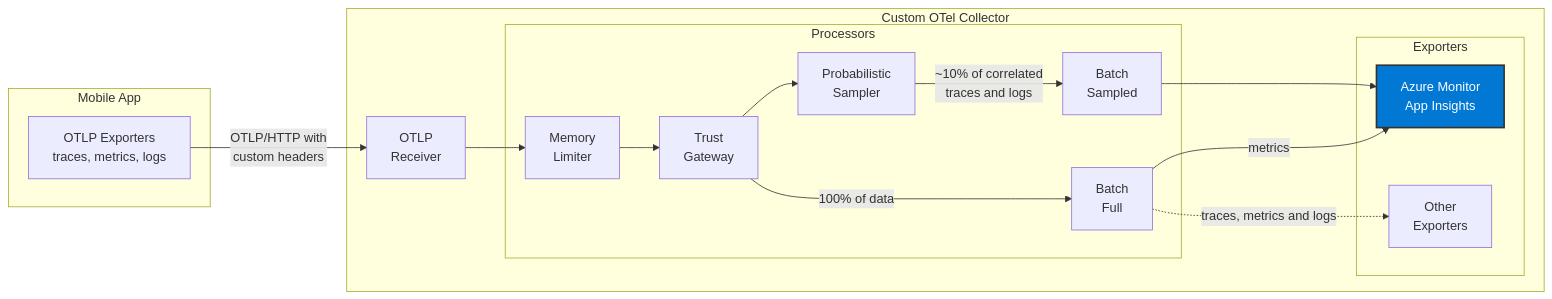
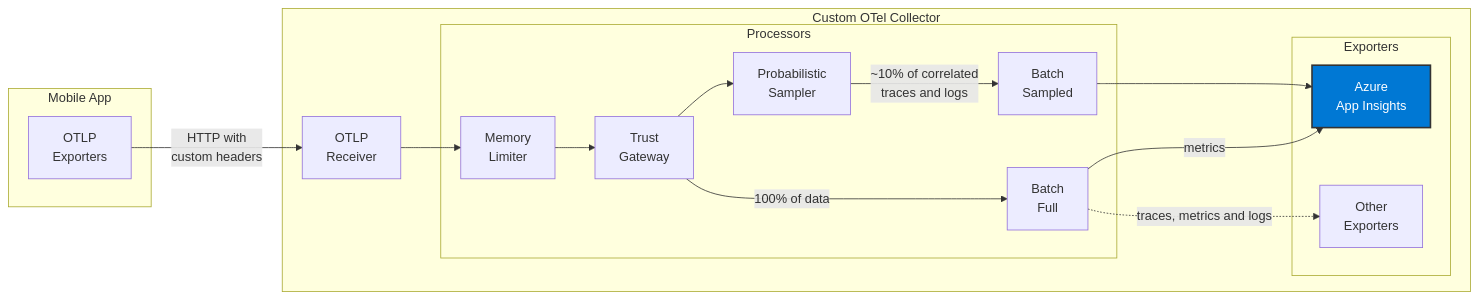
One commit to fedeoliv/otel-trust-gateway changed the diagram in README.md. Above: the diagram before and after it, drawn with Mermaid. The commit also changed other lines of this file, not shown here.

````diff
--- a/README.md
+++ b/README.md
@@ -31,39 +63,39 @@
 ```mermaid
 graph LR
     subgraph Mobile[Mobile App]
-        App[OTLP Exporters<br/>traces, metrics, logs]
+        App[OTLP <br/>Exporters]
     end
 
-    App -->|OTLP/HTTP with<br/>custom headers| Receiver
+    App -->|HTTP with<br/>custom headers| Receiver
 
     subgraph Collector[Custom OTel Collector]
         Receiver[OTLP<br/>Receiver]
         
         subgraph Processors[Processors]
             Memory[Memory<br/>Limiter]
             TrustGW[Trust <br/>Gateway]
             Sampler[Probabilistic<br/>Sampler<br/>]
             Batch1[Batch<br/>Sampled]
             Batch2[Batch<br/>Full]
         end
         
         subgraph Exporters[Exporters]
-            Azure[Azure Monitor<br/>App Insights]
+            Azure[Azure <br/>App Insights]
             Other[Other <br/>Exporters]
         end
         
         Receiver --> Memory
         Memory --> TrustGW
         
         TrustGW --> Sampler
         Sampler -->|~10% of correlated<br/> traces and logs| Batch1
         Batch1 --> Azure
         
         TrustGW -->|100% of data| Batch2
         Batch2 --> |metrics|Azure
         
         Batch2 -.-> |traces, metrics and logs|Other
     end
     
     style Azure fill:#0078d4,stroke:#333,stroke-width:2px,color:#fff
 ```
````
